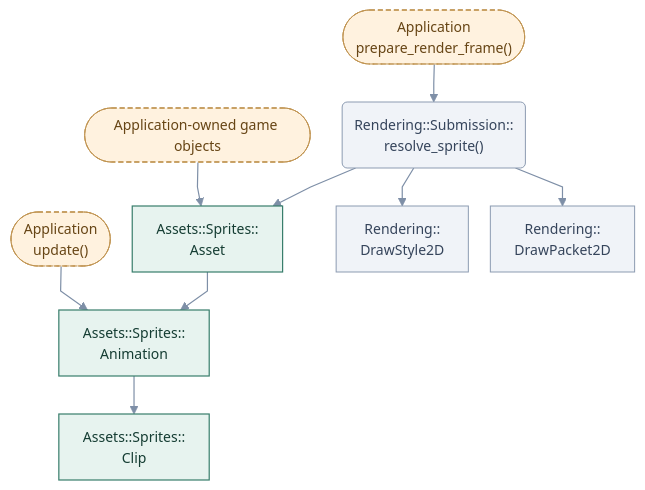
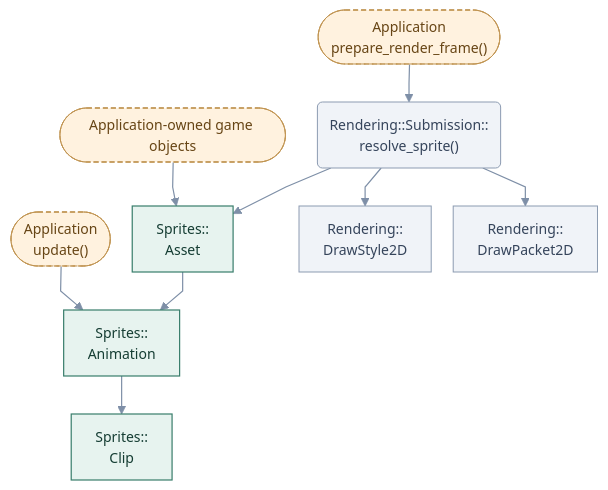
The diagram in docs/site/engine-systems/diagrams/assets-focus-playback.mmd (cppcooper/cheryl-engine), drawn with Mermaid before and after one commit. The commit also changed 54 other files, not shown here.

First line of the commit message:
Simplifies signatures and namespace labels across subsystem diagrams

```diff
--- a/docs/site/engine-systems/diagrams/assets-focus-playback.mmd
+++ b/docs/site/engine-systems/diagrams/assets-focus-playback.mmd
@@ -1,38 +1,38 @@
 ---
 config:
   theme: base
   themeVariables:
     fontFamily: system-ui, sans-serif
     fontSize: 14px
   flowchart:
     htmlLabels: true
     curve: linear
     nodeSpacing: 22
     rankSpacing: 38
     padding: 12
 ---
 flowchart TB
     accTitle: Assets · practical shared sprite, separate playback
-    accDescr: Arrows point toward dependencies. Application roles are rounded; named API operations have rounded corners. Dashed arrows mark optional choices.
+    accDescr: Local names omit Assets::; ambiguous nested namespaces remain qualified. Local names omit Assets::; ambiguous nested namespaces remain qualified. Arrows point toward dependencies. Application roles are rounded; named API operations have rounded corners. Dashed arrows mark optional choices.
     k0(["Application-owned game objects"]):::app
-    k1["Assets::Sprites::<br/>Asset"]:::focal
+    k1["Sprites::<br/>Asset"]:::focal
     k2(["Application<br/>update()"]):::app
-    k3["Assets::Sprites::<br/>Animation"]:::focal
-    k4["Assets::Sprites::<br/>Clip"]:::focal
+    k3["Sprites::<br/>Animation"]:::focal
+    k4["Sprites::<br/>Clip"]:::focal
     k5(["Application<br/>prepare_render_frame()"]):::app
     k6("Rendering::Submission::<br/>resolve_sprite()"):::neighbor
     k7["Rendering::<br/>DrawStyle2D"]:::neighbor
     k8["Rendering::<br/>DrawPacket2D"]:::neighbor
     k0 --> k1
     k2 --> k3
     k1 --> k3
     k3 --> k4
     k5 --> k6
     k6 --> k1
     k6 --> k7
     k6 --> k8
     classDef focal fill:#e7f3ef,stroke:#387d6b,color:#153d33,stroke-width:1.2px
     classDef neighbor fill:#f0f3f8,stroke:#8c9bb1,color:#35445b,stroke-width:1px
     classDef app fill:#fff2df,stroke:#c09452,color:#674515,stroke-dasharray:5 3
     classDef system fill:#eaf0fc,stroke:#617fab,color:#263f69,stroke-width:1.2px
     linkStyle default stroke:#7e8fa7,stroke-width:1.2px
```
